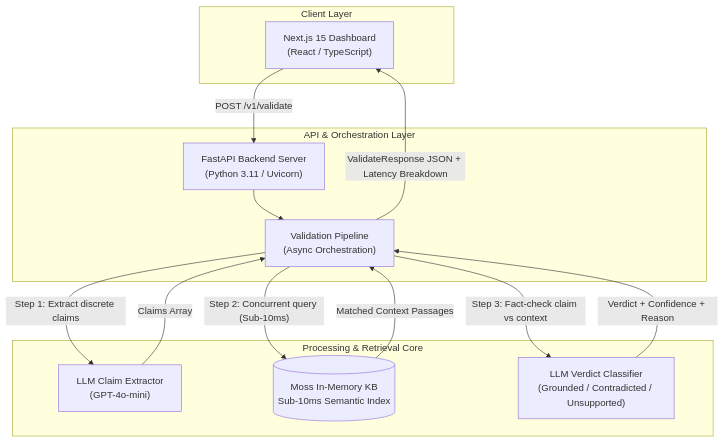
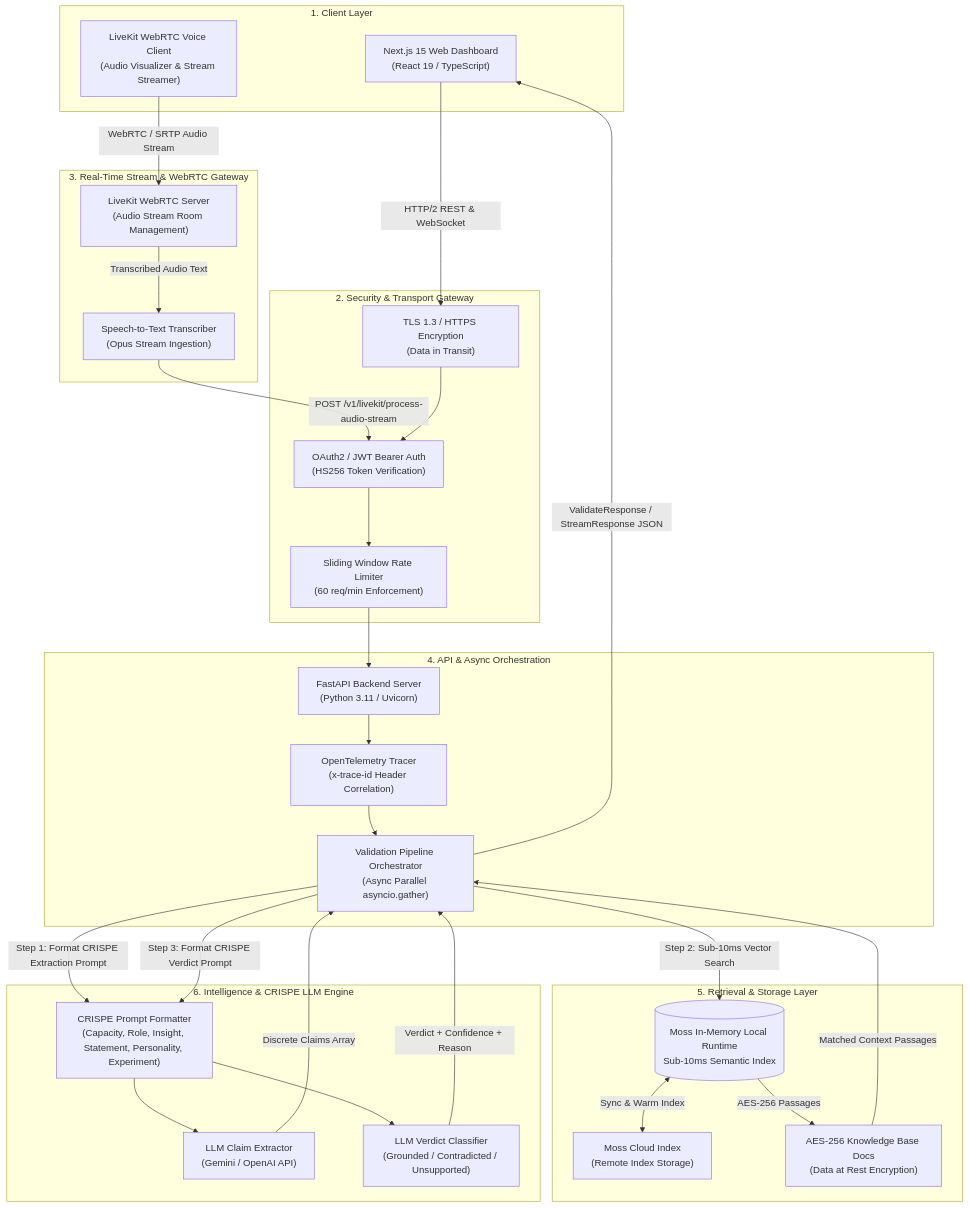
The diagram in README.md (kmu2994/mossGuard), drawn with Mermaid before and after one commit. The commit also changed other lines of this file and 17 other files, not shown here.

Commit message:
feat: complete LiveKit WebRTC voice stream guardrails, 6-layer architecture diagram, OAuth2 JWT auth, rate limiting, AES-256/TLS 1.3 standards, and CRISPE prompt engineering

````diff
--- a/README.md
+++ b/README.md
@@ -30,27 +30,62 @@
 ```mermaid
 flowchart TD
-    subgraph Client ["Client Layer"]
-        UI["Next.js 15 Dashboard<br/>(React / TypeScript)"]
+    subgraph Layer1 ["1. Client Layer"]
+        UI["Next.js 15 Web Dashboard<br/>(React 19 / TypeScript)"]
+        LiveKitVoiceUI["LiveKit WebRTC Voice Client<br/>(Audio Visualizer & Stream Streamer)"]
     end
 
-    subgraph API ["API & Orchestration Layer"]
-        FastAPI["FastAPI Backend Server<br/>(Python 3.11 / Uvicorn)"]
-        Pipeline["Validation Pipeline<br/>(Async Orchestration)"]
+    subgraph Layer2 ["2. Security & Transport Gateway"]
+        AuthMiddleware["OAuth2 / JWT Bearer Auth<br/>(HS256 Token Verification)"]
+        RateLimiter["Sliding Window Rate Limiter<br/>(60 req/min Enforcement)"]
+        TLS["TLS 1.3 / HTTPS Encryption<br/>(Data in Transit)"]
     end
 
-    subgraph Core ["Processing & Retrieval Core"]
-        LLM_Extract["LLM Claim Extractor<br/>(GPT-4o-mini)"]
-        MossIndex[("Moss In-Memory KB<br/>Sub-10ms Semantic Index")]
+    subgraph Layer3 ["3. Real-Time Stream & WebRTC Gateway"]
+        LiveKitServer["LiveKit WebRTC Server<br/>(Audio Stream Room Management)"]
+        VoiceSTT["Speech-to-Text Transcriber<br/>(Opus Stream Ingestion)"]
+    end
+
+    subgraph Layer4 ["4. API & Async Orchestration"]
+        FastAPI["FastAPI Backend Server<br/>(Python 3.11 / Uvicorn)"]
+        Pipeline["Validation Pipeline Orchestrator<br/>(Async Parallel asyncio.gather)"]
+        OTel["OpenTelemetry Tracer<br/>(x-trace-id Header Correlation)"]
+    end
+
+    subgraph Layer5 ["5. Retrieval & Storage Layer"]
+        MossCloud["Moss Cloud Index<br/>(Remote Index Storage)"]
+        MossRuntime[("Moss In-Memory Local Runtime<br/>Sub-10ms Semantic Index")]
+        KB_Docs["AES-256 Knowledge Base Docs<br/>(Data at Rest Encryption)"]
+    end
+
+    subgraph Layer6 ["6. Intelligence & CRISPE LLM Engine"]
+        CRISPE_Formatter["CRISPE Prompt Formatter<br/>(Capacity, Role, Insight, Statement, Personality, Experiment)"]
+        LLM_Extract["LLM Claim Extractor<br/>(Gemini / OpenAI API)"]
         LLM_Classify["LLM Verdict Classifier<br/>(Grounded / Contradicted / Unsupported)"]
     end
 
-    UI -->|"POST /v1/validate"| FastAPI
-    FastAPI --> Pipeline
-    Pipeline -->|"Step 1: Extract discrete claims"| LLM_Extract
-    LLM_Extract -->|"Claims Array"| Pipeline
-    Pipeline -->|"Step 2: Concurrent query (Sub-10ms)"| MossIndex
-    MossIndex -->|"Matched Context Passages"| Pipeline
-    Pipeline -->|"Step 3: Fact-check claim vs context"| LLM_Classify
+    UI -->|"HTTP/2 REST & WebSocket"| TLS
+    LiveKitVoiceUI -->|"WebRTC / SRTP Audio Stream"| LiveKitServer
+    LiveKitServer -->|"Transcribed Audio Text"| VoiceSTT
+    VoiceSTT -->|"POST /v1/livekit/process-audio-stream"| AuthMiddleware
+
+    TLS --> AuthMiddleware
+    AuthMiddleware --> RateLimiter
+    RateLimiter --> FastAPI
+    FastAPI --> OTel
+    OTel --> Pipeline
+
+    Pipeline -->|"Step 1: Format CRISPE Extraction Prompt"| CRISPE_Formatter
+    CRISPE_Formatter --> LLM_Extract
+    LLM_Extract -->|"Discrete Claims Array"| Pipeline
+
+    Pipeline -->|"Step 2: Sub-10ms Vector Search"| MossRuntime
+    MossRuntime <-->|"Sync & Warm Index"| MossCloud
+    MossRuntime -->|"AES-256 Passages"| KB_Docs
+    KB_Docs -->|"Matched Context Passages"| Pipeline
+
+    Pipeline -->|"Step 3: Format CRISPE Verdict Prompt"| CRISPE_Formatter
+    CRISPE_Formatter --> LLM_Classify
     LLM_Classify -->|"Verdict + Confidence + Reason"| Pipeline
-    Pipeline -->|"ValidateResponse JSON + Latency Breakdown"| UI
+
+    Pipeline -->|"ValidateResponse / StreamResponse JSON"| UI
 ```
````
